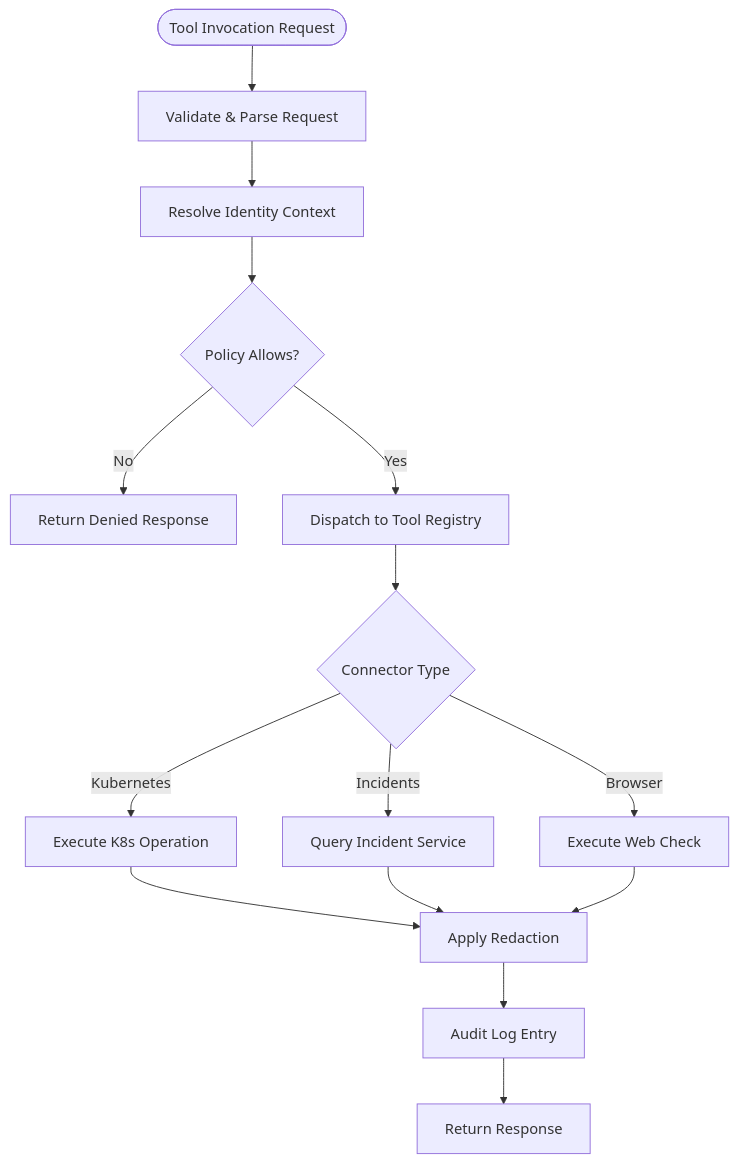
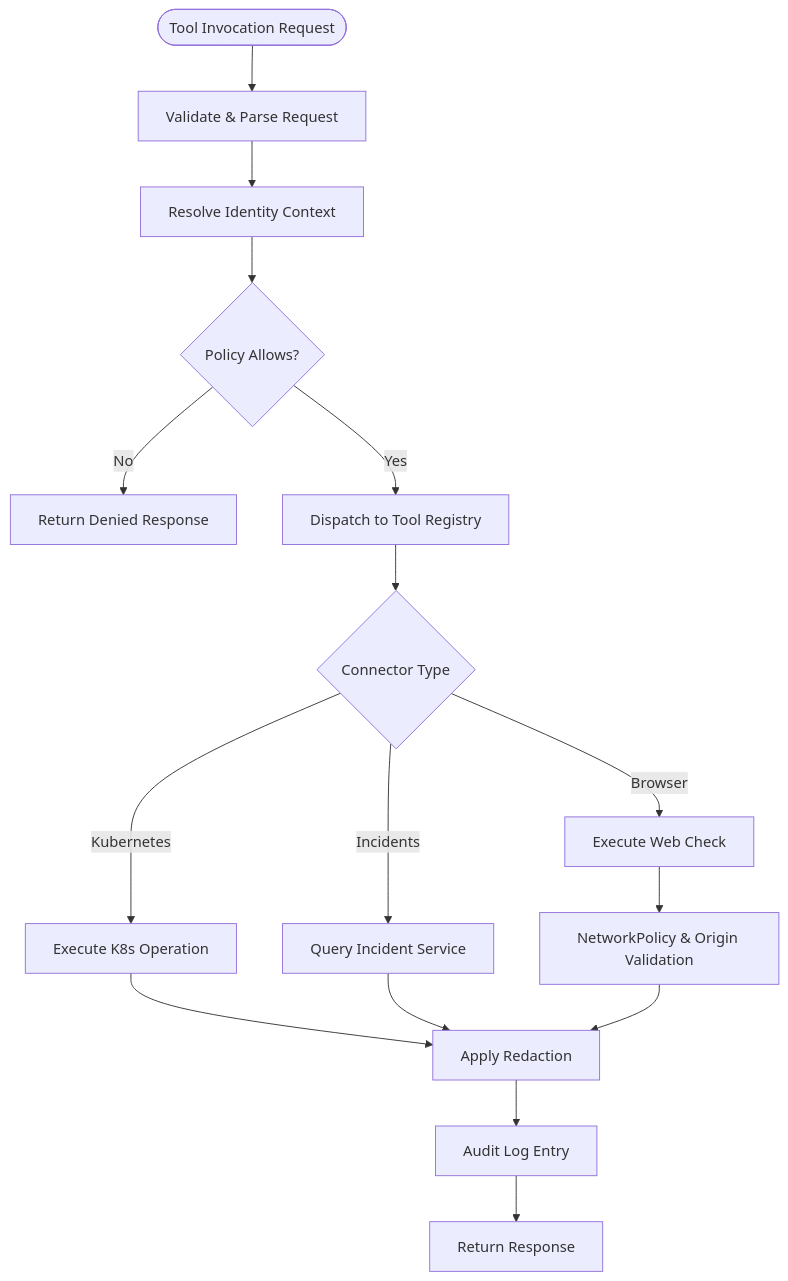
The fourth of 13 diagrams in .qoder/repowiki/en/content/Architecture Documentation/Architecture Documentation.md (metasync/luban-aiops), drawn with Mermaid before and after one commit. The commit also changed other lines of this file and 6 other files, not shown here.

````diff
--- a/.qoder/repowiki/en/content/Architecture Documentation/Architecture Documentation.md
+++ b/.qoder/repowiki/en/content/Architecture Documentation/Architecture Documentation.md
@@ -382,17 +385,18 @@
 ```mermaid
 flowchart TD
 Start(["Tool Invocation Request"]) --> Validate["Validate & Parse Request"]
 Validate --> ResolveIdentity["Resolve Identity Context"]
 ResolveIdentity --> PolicyCheck{"Policy Allows?"}
 PolicyCheck -- "No" --> Deny["Return Denied Response"]
 PolicyCheck -- "Yes" --> Dispatch["Dispatch to Tool Registry"]
 Dispatch --> ConnectorType{"Connector Type"}
 ConnectorType -- "Kubernetes" --> K8SExec["Execute K8s Operation"]
 ConnectorType -- "Incidents" --> IncidentsExec["Query Incident Service"]
 ConnectorType -- "Browser" --> BrowserExec["Execute Web Check"]
 K8SExec --> Redact["Apply Redaction"]
 IncidentsExec --> Redact
-BrowserExec --> Redact
+BrowserExec --> SecurityCheck["NetworkPolicy & Origin Validation"]
+SecurityCheck --> Redact
 Redact --> Audit["Audit Log Entry"]
 Audit --> Return["Return Response"]
 ```
````
